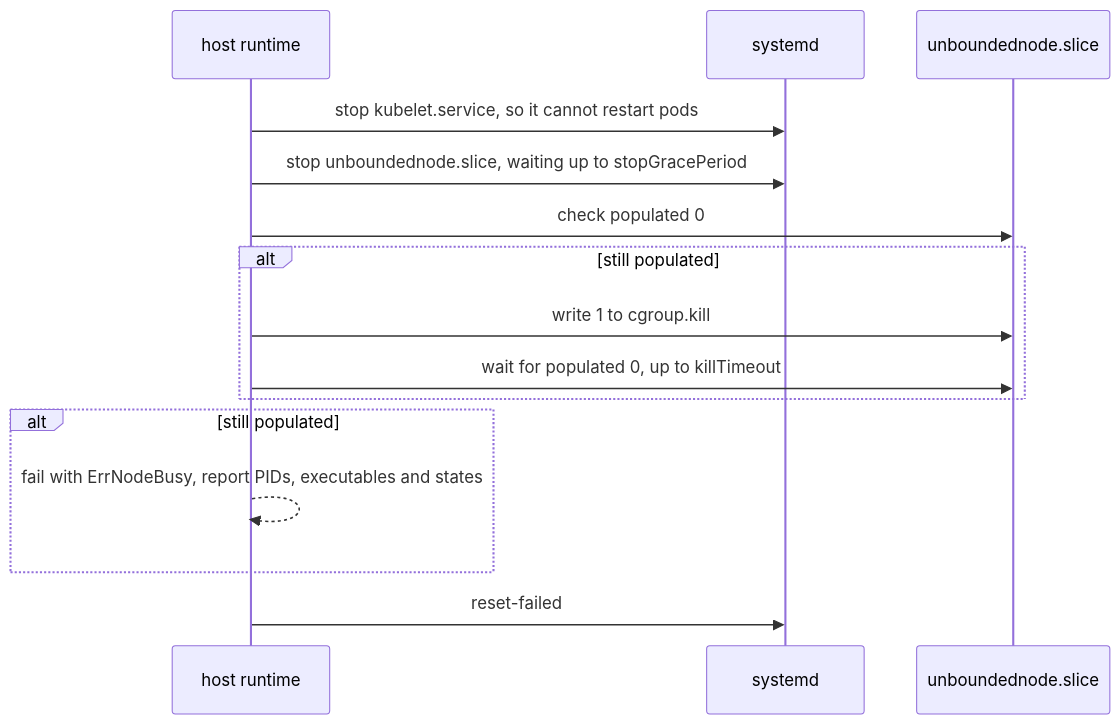
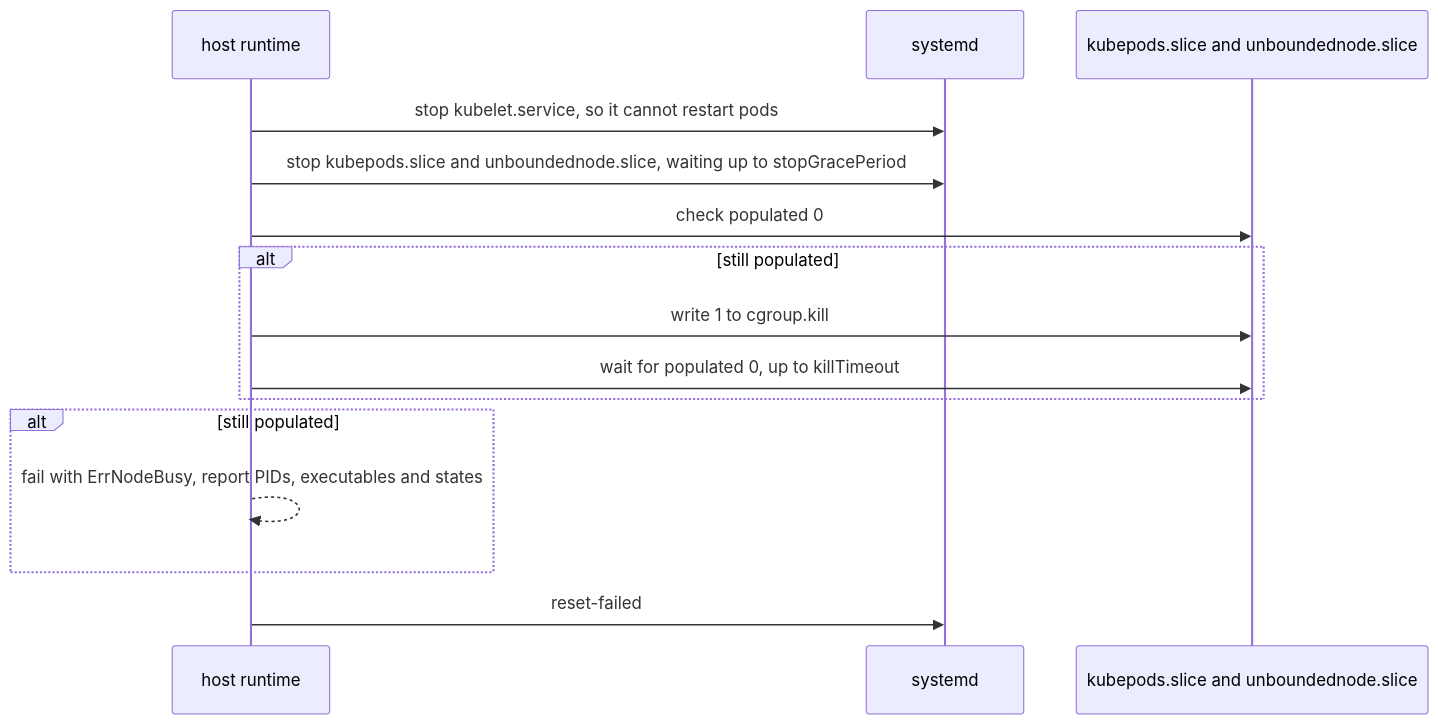
Before and after one commit to Azure/unbounded: the first of 2 diagrams in designs/agent-v2/07-host-runtime-cleanup.md, drawn with Mermaid. The commit also changed other lines of this file and 12 other files, not shown here.

````diff
--- a/designs/agent-v2/07-host-runtime-cleanup.md
+++ b/designs/agent-v2/07-host-runtime-cleanup.md
@@ -209,17 +209,17 @@
 ```mermaid
 sequenceDiagram
   participant HR as host runtime
   participant SD as systemd
-  participant CG as unboundednode.slice
+  participant CG as kubepods.slice and unboundednode.slice
   HR->>SD: stop kubelet.service, so it cannot restart pods
-  HR->>SD: stop unboundednode.slice, waiting up to stopGracePeriod
+  HR->>SD: stop kubepods.slice and unboundednode.slice, waiting up to stopGracePeriod
   HR->>CG: check populated 0
   alt still populated
     HR->>CG: write 1 to cgroup.kill
     HR->>CG: wait for populated 0, up to killTimeout
   end
   alt still populated
     HR-->>HR: fail with ErrNodeBusy, report PIDs, executables and states
   end
   HR->>SD: reset-failed
 ```
````
